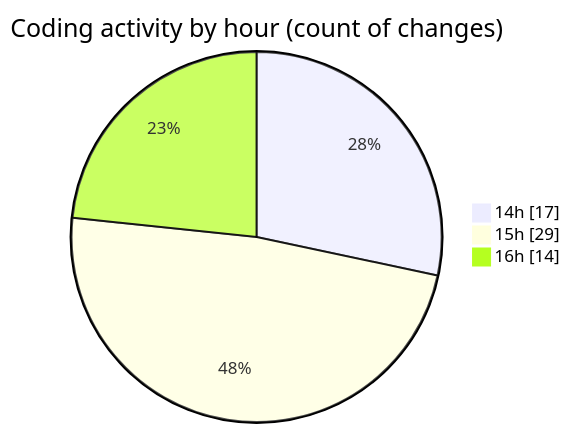
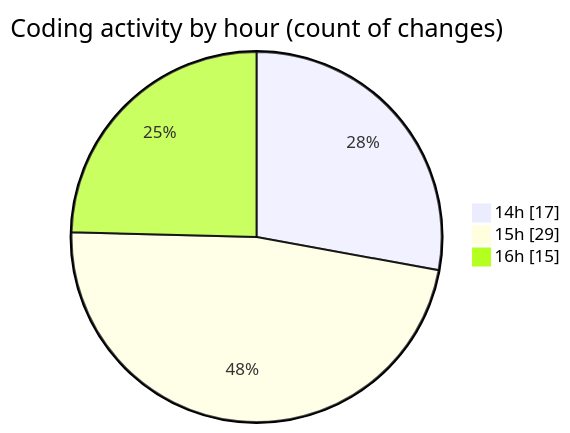
The second of 2 diagrams in 2025-04-10/trackers_app/README.md (donsfak/code-tracking), drawn with Mermaid before and after one commit. The commit also changed other lines of this file and 1 other file, not shown here.

````diff
--- a/2025-04-10/trackers_app/README.md
+++ b/2025-04-10/trackers_app/README.md
@@ -46,7 +46,7 @@
 ```mermaid
 pie showData
 title Coding activity by hour (count of changes)
 "14h" : 17
 "15h" : 29
-"16h" : 14
+"16h" : 15
 ```
````
